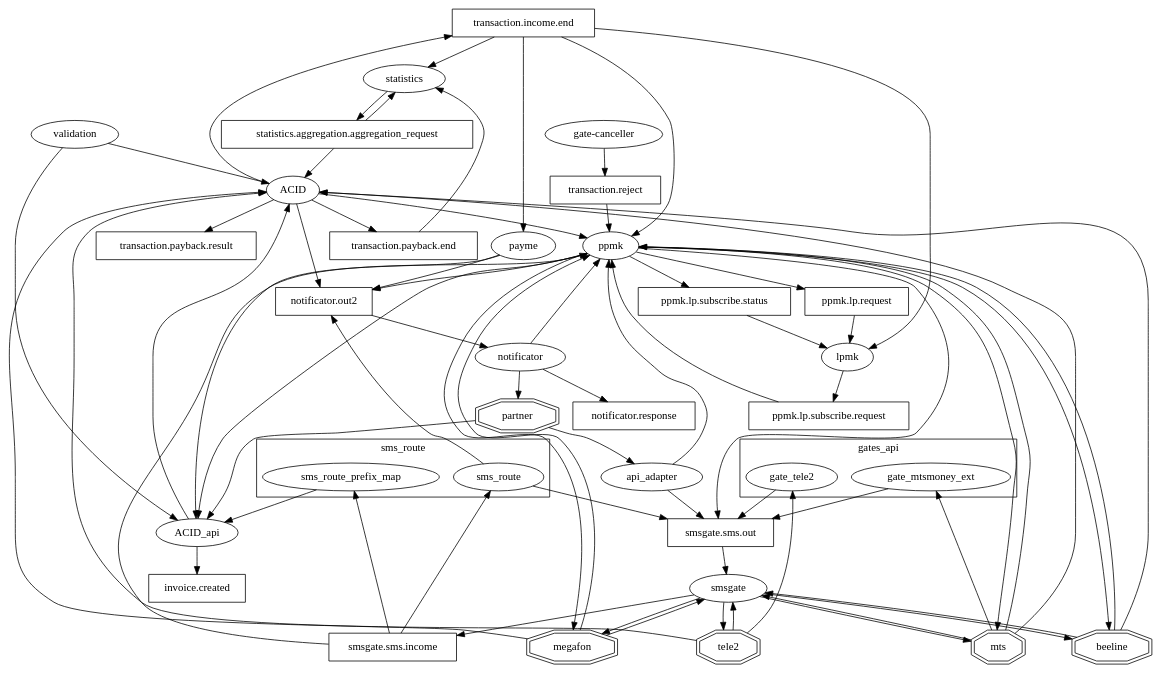
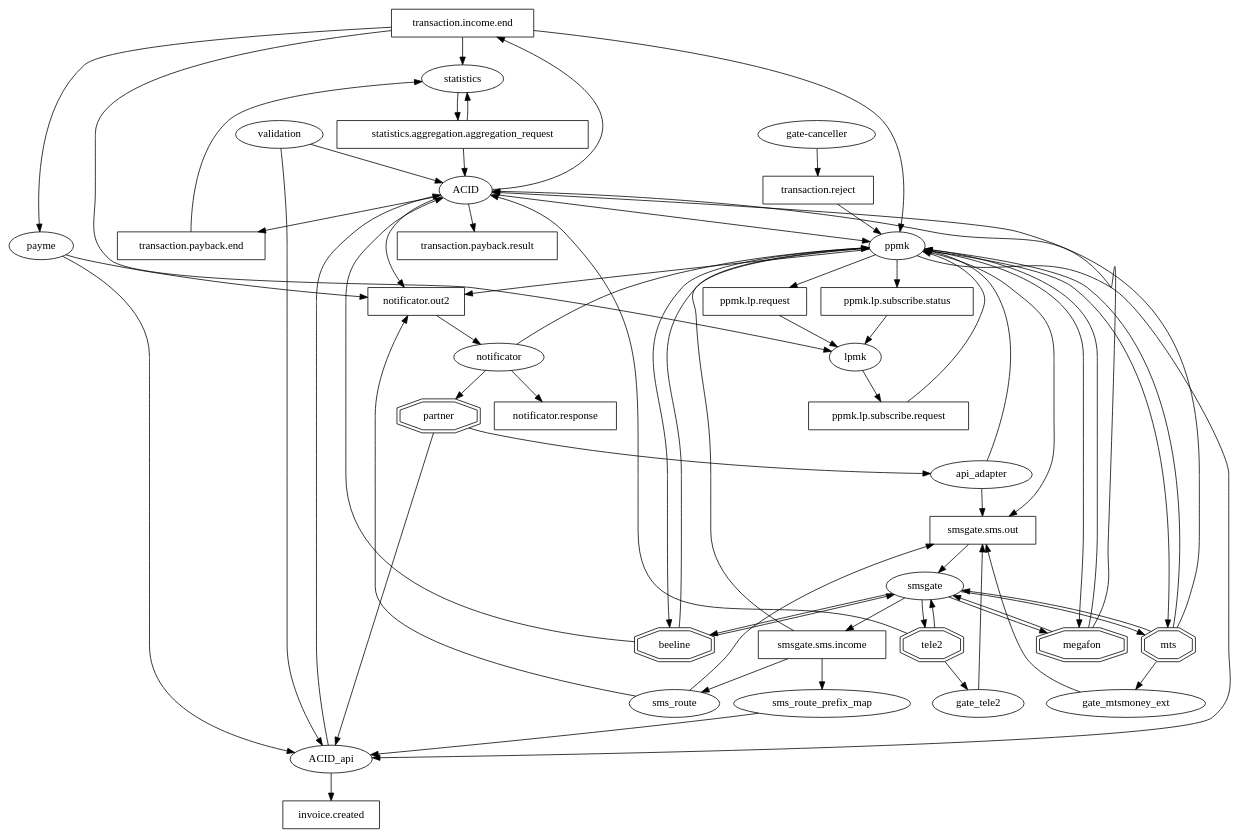
One commit to kkirsanov/articles changed the diagram in 2018-habr-kafka/real.dot. Above: the diagram before and after it, drawn with Graphviz. The commit also changed 4 other files, not shown here.

```diff
--- a/2018-habr-kafka/real.dot
+++ b/2018-habr-kafka/real.dot
@@ -1,148 +1,140 @@
 digraph kafka {
 
   rankdir=TB
   # каналы связи - прямоугольники
 
   node [shape=box]
   "transaction.income.end"
   "transaction.payback.end"
 
   "notificator.out2"
   "notificator.response"
   "ppmk.lp.request"
   "ppmk.lp.subscribe.request"
   "ppmk.lp.subscribe.status"
   "smsgate.sms.out"
   "statistics.aggregation.aggregation_request"
   "invoice.created"
   "transaction.payback.result"
   "smsgate.sms.income"
   "transaction.reject"
   
   # внешиний мир
   node [shape=doubleoctagon]
   partner
   mts
   beeline
   megafon
   tele2
    
   # компоненты - овалы
   node [shape=oval]
   api_adapter
 
   statistics
   ppmk
   payme
   lpmk
   smsgate
   notificator
   validation
   "gate-canceller"
 
-  #кластеры
-  subgraph cluster_gates_api {
-    label="gates_api"
-    gate_tele2; gate_mtsmoney_ext;
-  }
-  subgraph cluster_sms_route {
-    label="sms_route"
-    sms_route; sms_route_prefix_map;
-  }
-
+  gate_tele2; gate_mtsmoney_ext;
+  sms_route; sms_route_prefix_map;
   ACID; ACID_api
 
   # если забудем включить в список компонент или каналов - будет звезда
   node [shape=star]
 
 
 
   # список кто что слушает
   "transaction.income.end" -> statistics
   "transaction.income.end" -> lpmk
   "transaction.income.end" -> ppmk
   "transaction.income.end" -> payme
   
   "ppmk.lp.subscribe.request"->ppmk
   "transaction.payback.end"->statistics
 
   "ppmk.lp.subscribe.status"->lpmk
 
   "smsgate.sms.out"->smsgate
   "smsgate.sms.income"->sms_route
   "smsgate.sms.income"->sms_route_prefix_map
   "smsgate.sms.income"->ppmk
 
   "ppmk.lp.request"->lpmk
 
   "notificator.out2"->notificator
 
   "statistics.aggregation.aggregation_request"->statistics
   "statistics.aggregation.aggregation_request"->ACID
   "transaction.reject"->ppmk
 
   
   # список кто куда пушит
   gate_mtsmoney_ext->"smsgate.sms.out"
 
   "gate-canceller"->"transaction.reject"
 
   ACID->"transaction.income.end"
   ACID->"transaction.payback.end"
   ACID->"transaction.payback.result"
   ACID->"notificator.out2"
   ACID_api->"invoice.created"
   smsgate->"smsgate.sms.income"
   api_adapter->"smsgate.sms.out"
   ppmk->"ppmk.lp.subscribe.status"
   ppmk->"ppmk.lp.request"
   ppmk->"smsgate.sms.out"
   ppmk->"notificator.out2"
   lpmk->"ppmk.lp.subscribe.request"
   sms_route->"notificator.out2"
   sms_route->"smsgate.sms.out"
   statistics->"statistics.aggregation.aggregation_request"
   payme->"notificator.out2"
   gate_tele2->"smsgate.sms.out"
 
   notificator->"notificator.response"
   # внешний мир
   partner->api_adapter
   partner->ACID_api
   notificator->partner
   notificator->ppmk
   mts->smsgate
   beeline->smsgate
   megafon->smsgate
   tele2->smsgate
   tele2->gate_tele2
   mts->gate_mtsmoney_ext
 
   smsgate -> mts
   smsgate -> megafon
   smsgate -> tele2
   smsgate -> beeline
 
   # список прямых взаимодействий без кафки
   api_adapter->ppmk
   ACID->ppmk
   payme->ACID_api
   ACID_api->ACID
   ppmk->ACID_api
   ppmk->mts
   ppmk->megafon
   ppmk->beeline
   mts->ppmk
   megafon->ppmk
   beeline->ppmk
 
   beeline->ACID
   mts->ACID
   megafon->ACID
   tele2->ACID
 
   sms_route_prefix_map->ACID_api
   validation->ACID
   validation->ACID_api
 
 }
```
